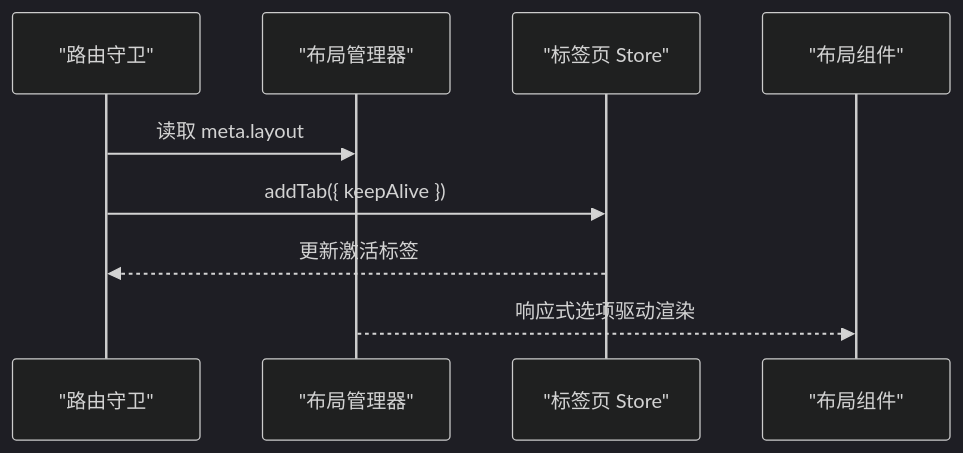
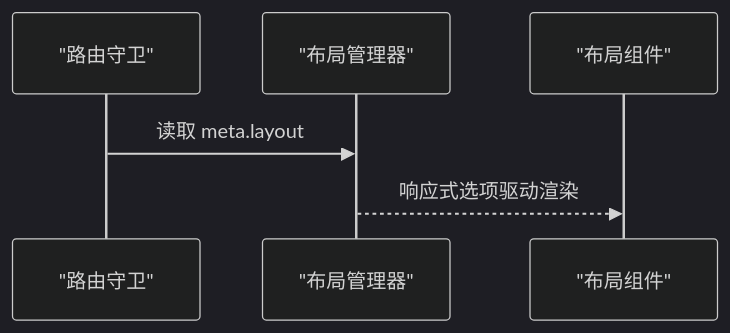
One commit to my-Sitara/artisan-base-frontend changed the fifth of 6 diagrams in .qoder/repowiki/zh/content/配置管理/布局配置.md. Above: the diagram before and after it, drawn with Mermaid (dark theme). The commit also changed other lines of this file and 25 other files, not shown here.

````diff
--- a/.qoder/repowiki/zh/content/配置管理/布局配置.md
+++ b/.qoder/repowiki/zh/content/配置管理/布局配置.md
@@ -251,11 +264,8 @@
 ```mermaid
 sequenceDiagram
 participant RT as "路由守卫"
 participant LM as "布局管理器"
-participant TS as "标签页 Store"
 participant LC as "布局组件"
 RT->>LM : 读取 meta.layout
-RT->>TS : addTab({ keepAlive })
-TS-->>RT : 更新激活标签
 LM-->>LC : 响应式选项驱动渲染
 ```
````
